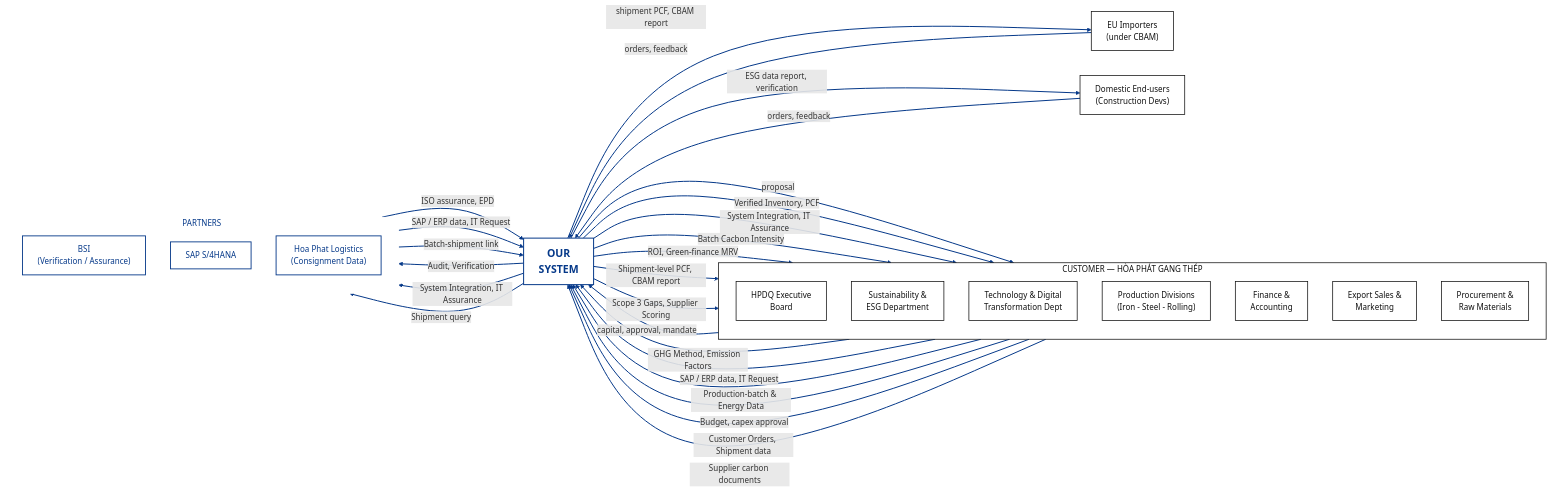
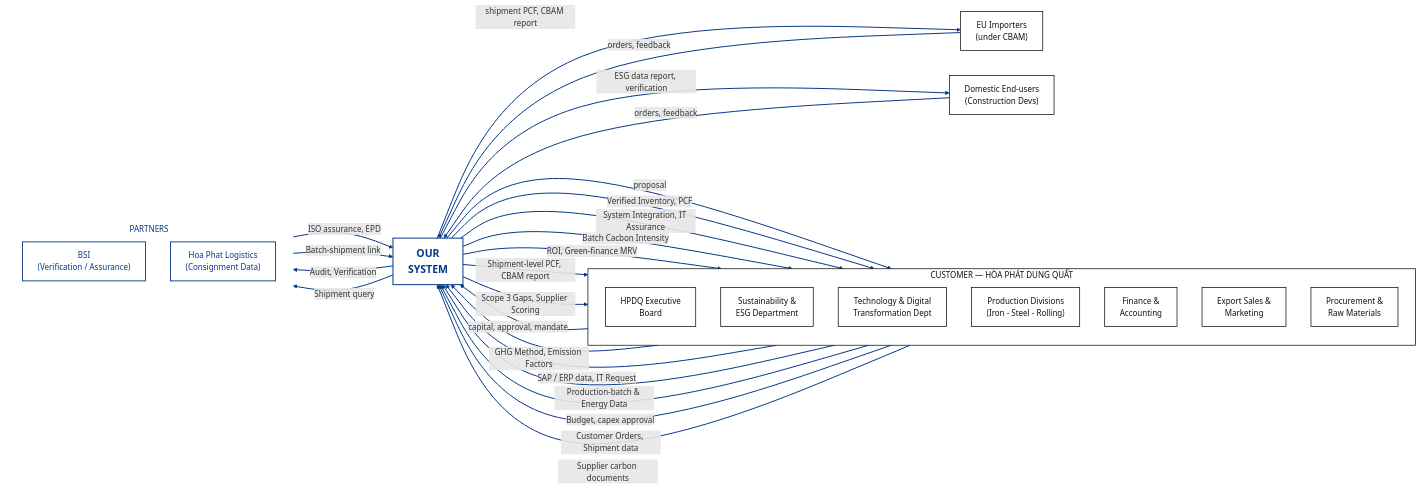
One commit to vankhanhnh-bag/HPDQ-CBAM-system changed the diagram in docs/context/cvca.md. Above: the diagram before and after it, drawn with Mermaid.

````diff
--- a/docs/context/cvca.md
+++ b/docs/context/cvca.md
@@ -14,76 +14,73 @@
 ```mermaid
+
 flowchart LR
-  subgraph CUSTOMER["CUSTOMER — HÒA PHÁT GANG THÉP"]
+  subgraph CUSTOMER["CUSTOMER — HÒA PHÁT DUNG QUẤT"]
     direction TB
     EX["HPDQ Executive<br/>Board"]
     ESG["Sustainability &<br/>ESG Department"]
     TECH["Technology & Digital<br/>Transformation Dept"]
     PROD["Production Divisions<br/>(Iron - Steel - Rolling)"]
     FIN["Finance &<br/>Accounting"]
     SALES["Export Sales &<br/>Marketing"]
     PROC["Procurement &<br/>Raw Materials"]
   end
 
   SYS["OUR<br/>SYSTEM"]
 
   subgraph PARTNERS["PARTNERS"]
     direction TB
     BSI["BSI<br/>(Verification / Assurance)"]
-    SAP["SAP S/4HANA"]
     LOG["Hoa Phat Logistics<br/>(Consignment Data)"]
   end
 
   EU["EU Importers<br/>(under CBAM)"]
   DOM["Domestic End-users<br/>(Construction Devs)"]
 
   SYS -->|"proposal"| EX
   EX -->|"capital, approval, mandate"| SYS
 
   ESG -->|"GHG Method, Emission Factors"| SYS
   SYS -->|"Verified Inventory, PCF"| ESG
 
   TECH -->|"SAP / ERP data, IT Request"| SYS
   SYS -->|"System Integration, IT Assurance"| TECH
 
   PROD -->|"Production-batch & Energy Data"| SYS
   SYS -->|"Batch Cacbon Intensity"| PROD
 
   FIN -->|"Budget, capex approval"| SYS
   SYS -->|"ROI, Green-finance MRV"| FIN
 
   SALES -->|"Customer Orders, Shipment data"| SYS
   SYS -->|"Shipment-level PCF, CBAM report"| SALES
 
   PROC -->|"Supplier carbon documents"| SYS
   SYS -->|"Scope 3 Gaps, Supplier Scoring"| PROC
 
   EU -->|"orders, feedback"| SYS
   SYS -->|"shipment PCF, CBAM report"| EU
 
   DOM -->|"orders, feedback"| SYS
   SYS -->|"ESG data report, verification"| DOM
 
   SYS -->|"Audit, Verification"| BSI
   BSI -->|"ISO assurance, EPD"| SYS
 
-  SAP -->|"SAP / ERP data, IT Request"| SYS
-  SYS -->|"System Integration, IT Assurance"| SAP
-
   SYS -->|"Shipment query"| LOG
   LOG -->|"Batch-shipment link"| SYS
 
   classDef company fill:#ffffff,stroke:#111111,stroke-width:1.5px,color:#111111;
   classDef system fill:#ffffff,stroke:#063989,stroke-width:2px,color:#063989,font-size:21px,font-weight:bold;
   classDef partner fill:#ffffff,stroke:#063989,stroke-width:1.8px,color:#063989;
   classDef actor fill:#ffffff,stroke:#111111,stroke-width:1.5px,color:#111111;
 
   class EX,ESG,TECH,PROD,FIN,SALES,PROC company;
   class SYS system;
-  class BSI,SAP,LOG partner;
+  class BSI,LOG partner;
   class EU,DOM actor;
 
   style CUSTOMER fill:#ffffff,stroke:#111111,stroke-width:1.5px,color:#111111
   style PARTNERS fill:#ffffff,stroke:#ffffff,color:#063989
 
   linkStyle default stroke:#063989,stroke-width:2px;
 ```
````
